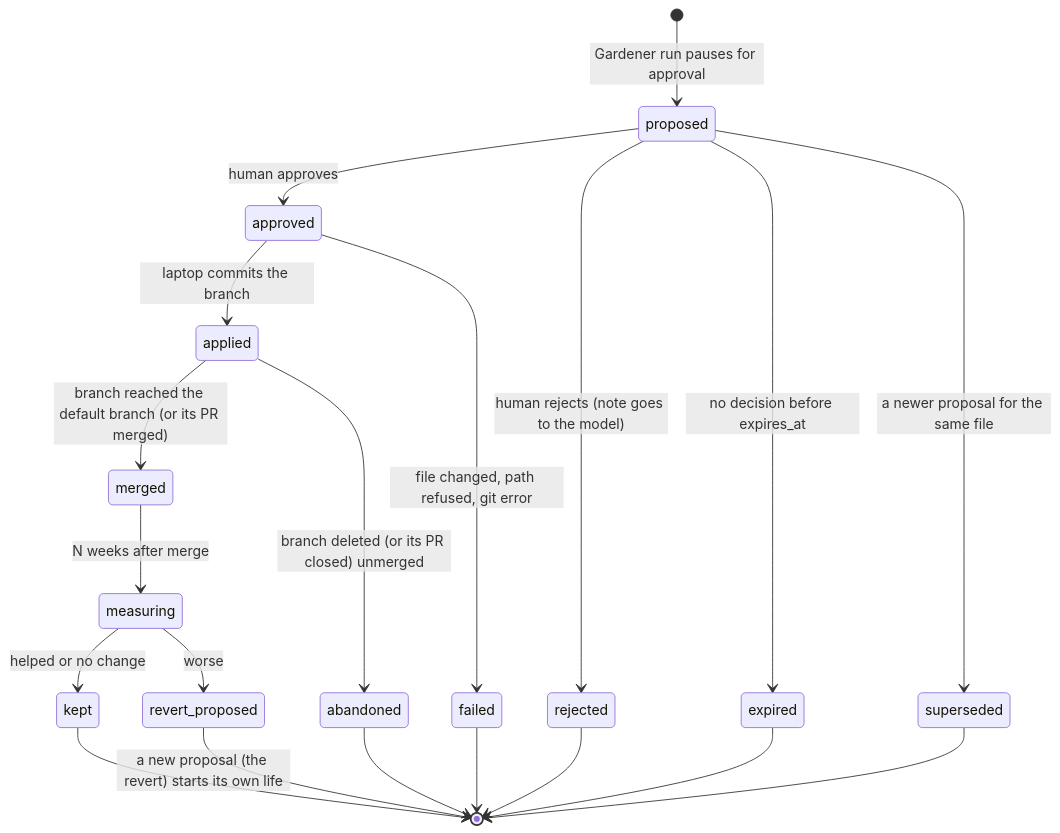
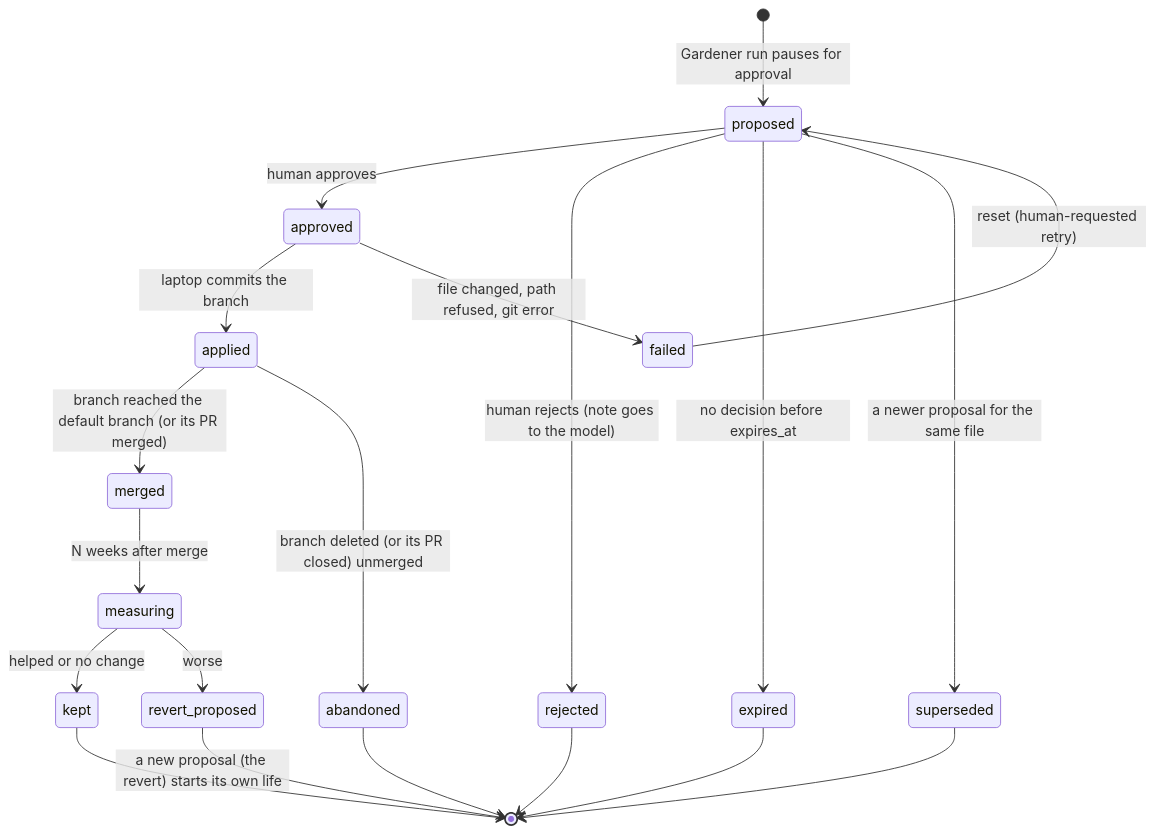
Before and after one commit to Vela3202019/wisen: the fourth of 4 diagrams in docs/plan/cloud-architecture.md, drawn with Mermaid. The commit also changed other lines of this file and 2 other files, not shown here.

Commit message:
no-mistakes(document): Document gardener reset command and failed-proposed transition

````diff
--- a/docs/plan/cloud-architecture.md
+++ b/docs/plan/cloud-architecture.md
@@ -665,22 +665,22 @@
 ```mermaid
 stateDiagram-v2
     [*] --> proposed: Gardener run pauses for approval
     proposed --> approved: human approves
     proposed --> rejected: human rejects (note goes to the model)
     proposed --> expired: no decision before expires_at
     proposed --> superseded: a newer proposal for the same file
     approved --> applied: laptop commits the branch
     approved --> failed: file changed, path refused, git error
     applied --> merged: branch reached the default branch (or its PR merged)
     applied --> abandoned: branch deleted (or its PR closed) unmerged
     merged --> measuring: N weeks after merge
     measuring --> kept: helped or no change
     measuring --> revert_proposed: worse
     revert_proposed --> [*]: a new proposal (the revert) starts its own life
     rejected --> [*]
     expired --> [*]
     superseded --> [*]
-    failed --> [*]
+    failed --> proposed: reset (human-requested retry)
     abandoned --> [*]
     kept --> [*]
 ```
````
